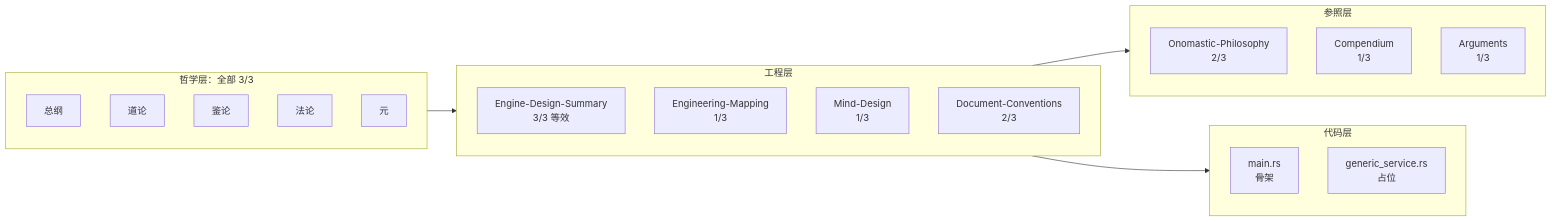
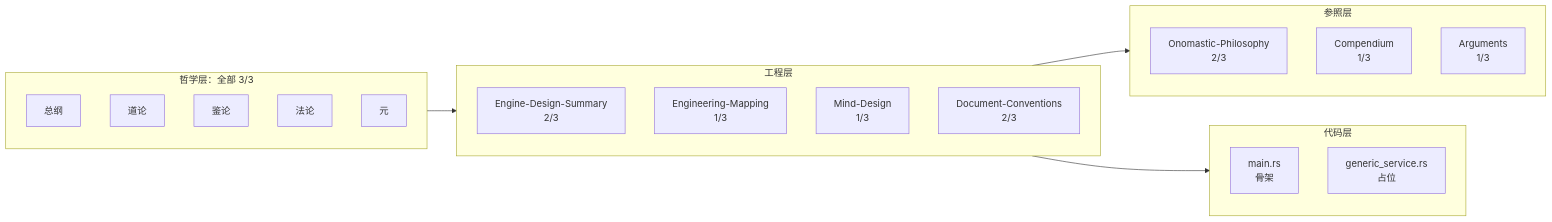
The first of 4 diagrams in docs/plan/SiHankor-Engine-Roadmap.sih.md (sgmov/sihankor), drawn with Mermaid before and after one commit. The commit also changed other lines of this file and 2 other files, not shown here.

Commit message:
进化: Engine-Design-Summary.md -> .sih.md 格式，新增 frontmatter + 更新交叉引用

````diff
--- a/docs/plan/SiHankor-Engine-Roadmap.sih.md
+++ b/docs/plan/SiHankor-Engine-Roadmap.sih.md
@@ -28,32 +28,32 @@
 ```mermaid
 flowchart LR
     subgraph Philosophy["哲学层：全部 3/3"]
         P1["总纲"]
         P2["道论"]
         P3["鉴论"]
         P4["法论"]
         P5["元"]
     end
 
     subgraph Engineering["工程层"]
-        E1["Engine-Design-Summary<br/>3/3 等效"]
+        E1["Engine-Design-Summary<br/>2/3"]
         E2["Engineering-Mapping<br/>1/3"]
         E3["Mind-Design<br/>1/3"]
         E4["Document-Conventions<br/>2/3"]
     end
 
     subgraph Reference["参照层"]
         R1["Onomastic-Philosophy<br/>2/3"]
         R2["Compendium<br/>1/3"]
         R3["Arguments<br/>1/3"]
     end
 
     subgraph Code["代码层"]
         C1["main.rs<br/>骨架"]
         C2["generic_service.rs<br/>占位"]
     end
 
     Philosophy --> Engineering
     Engineering --> Reference
     Engineering --> Code
 ```
````
